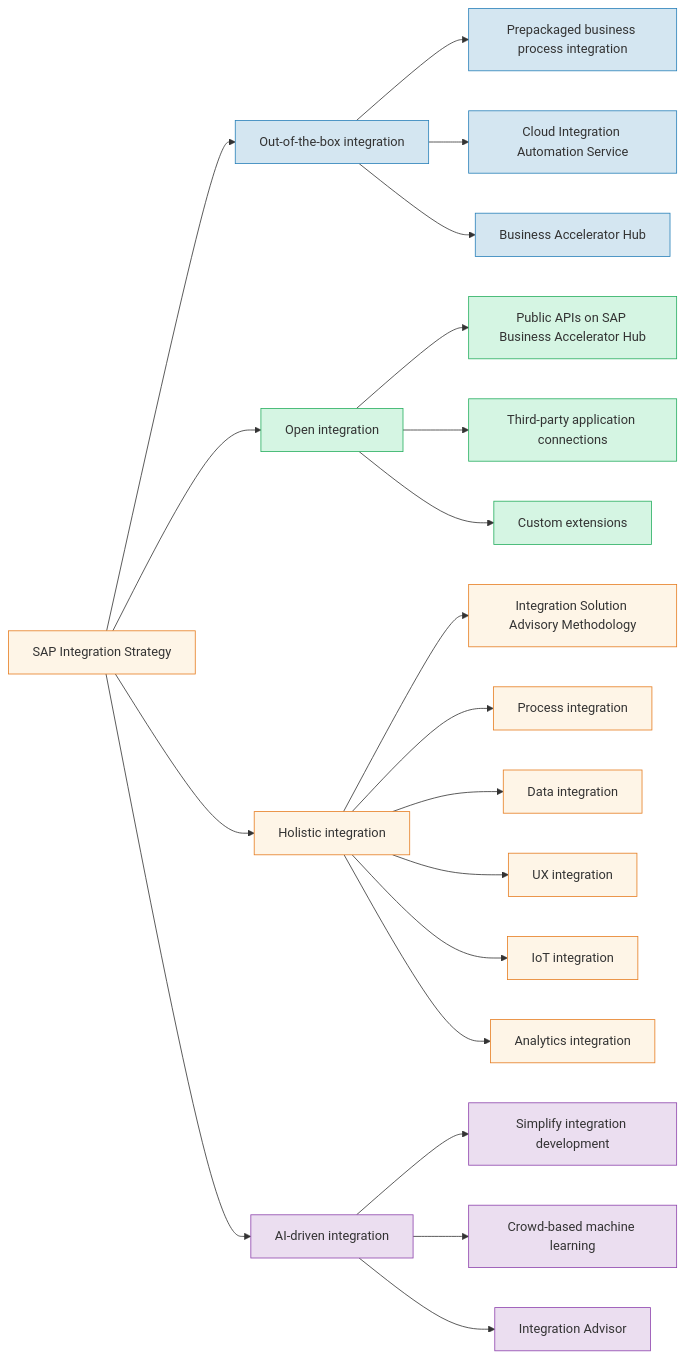
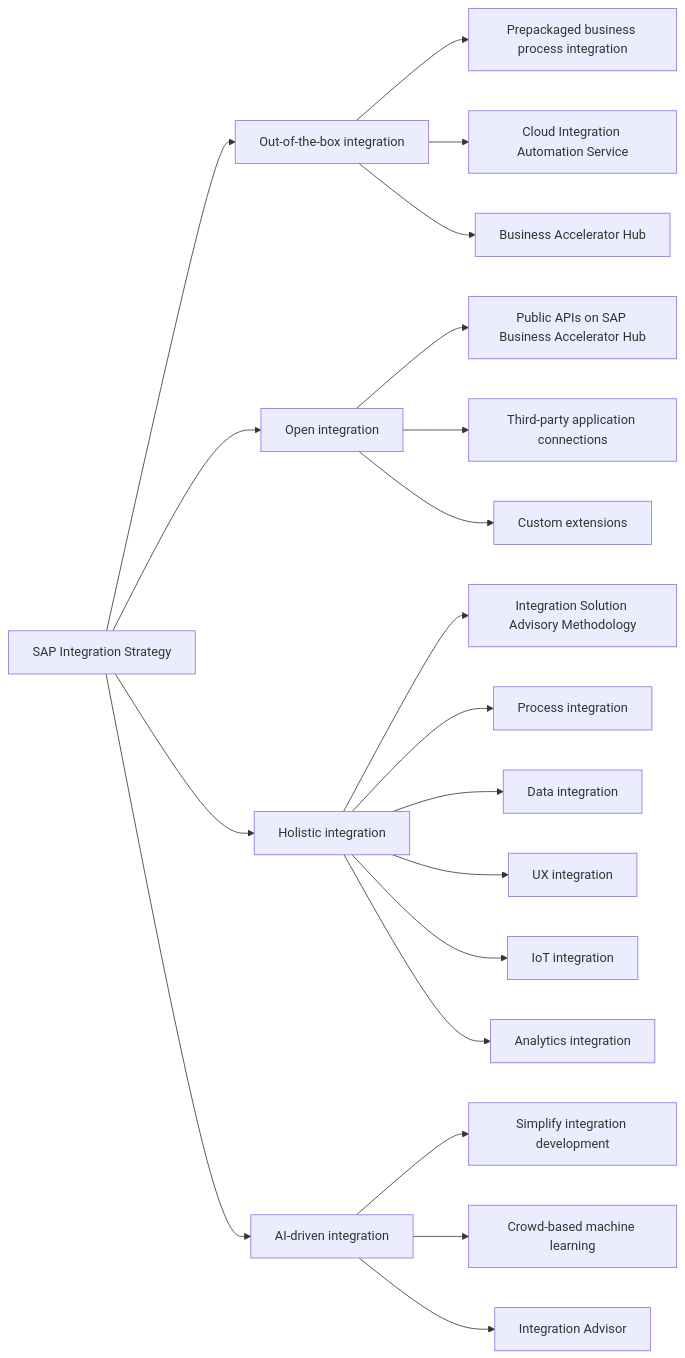
One commit to sapflashcards/S4CPE changed the diagram in integration-strategy-four-key-principles.md. Above: the diagram before and after it, drawn with Mermaid.

````diff
--- a/integration-strategy-four-key-principles.md
+++ b/integration-strategy-four-key-principles.md
@@ -1,37 +1,27 @@
 ```mermaid
 flowchart LR
     A[SAP Integration Strategy] --> B[Out-of-the-box integration]
     A --> C[Open integration]
     A --> D[Holistic integration]
     A --> E[AI-driven integration]
     
     B --> B1[Prepackaged business process integration]
     B --> B2[Cloud Integration Automation Service]
     B --> B3[Business Accelerator Hub]
     
     C --> C1[Public APIs on SAP Business Accelerator Hub]
     C --> C2[Third-party application connections]
     C --> C3[Custom extensions]
     
     D --> D1[Integration Solution Advisory Methodology]
     D --> D2[Process integration]
     D --> D3[Data integration]
     D --> D4[UX integration]
     D --> D5[IoT integration]
     D --> D6[Analytics integration]
     
     E --> E1[Simplify integration development]
     E --> E2[Crowd-based machine learning]
     E --> E3[Integration Advisor]
-    
-    classDef blue fill:#d4e6f1,stroke:#2980b9,stroke-width:1px;
-    classDef orange fill:#fef5e7,stroke:#e67e22,stroke-width:1px;
-    classDef green fill:#d5f5e3,stroke:#27ae60,stroke-width:1px;
-    classDef purple fill:#ebdef0,stroke:#8e44ad,stroke-width:1px;
-    
-    class A orange;
-    class B,B1,B2,B3 blue;
-    class C,C1,C2,C3 green;
-    class D,D1,D2,D3,D4,D5,D6 orange;
-    class E,E1,E2,E3 purple;
+
 ```
````
